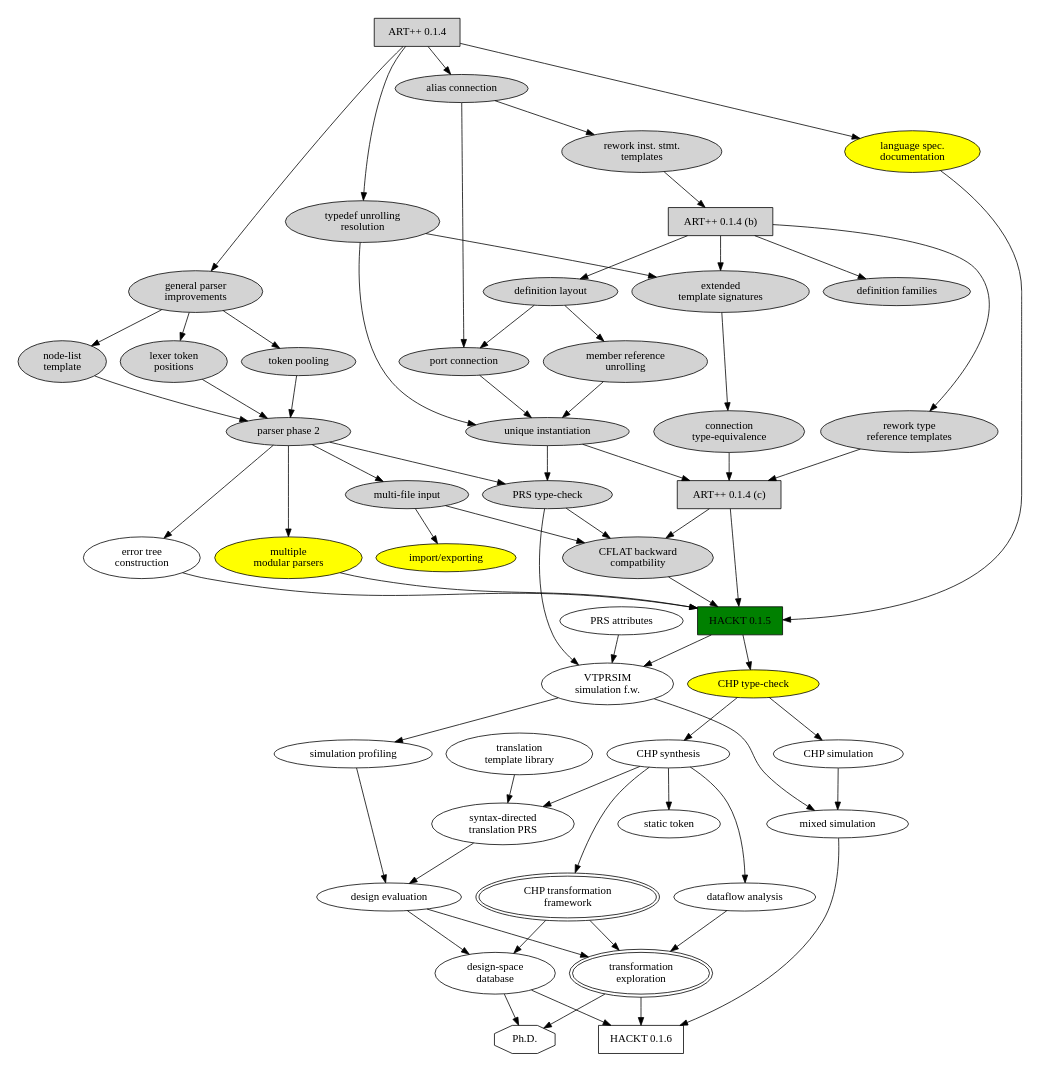
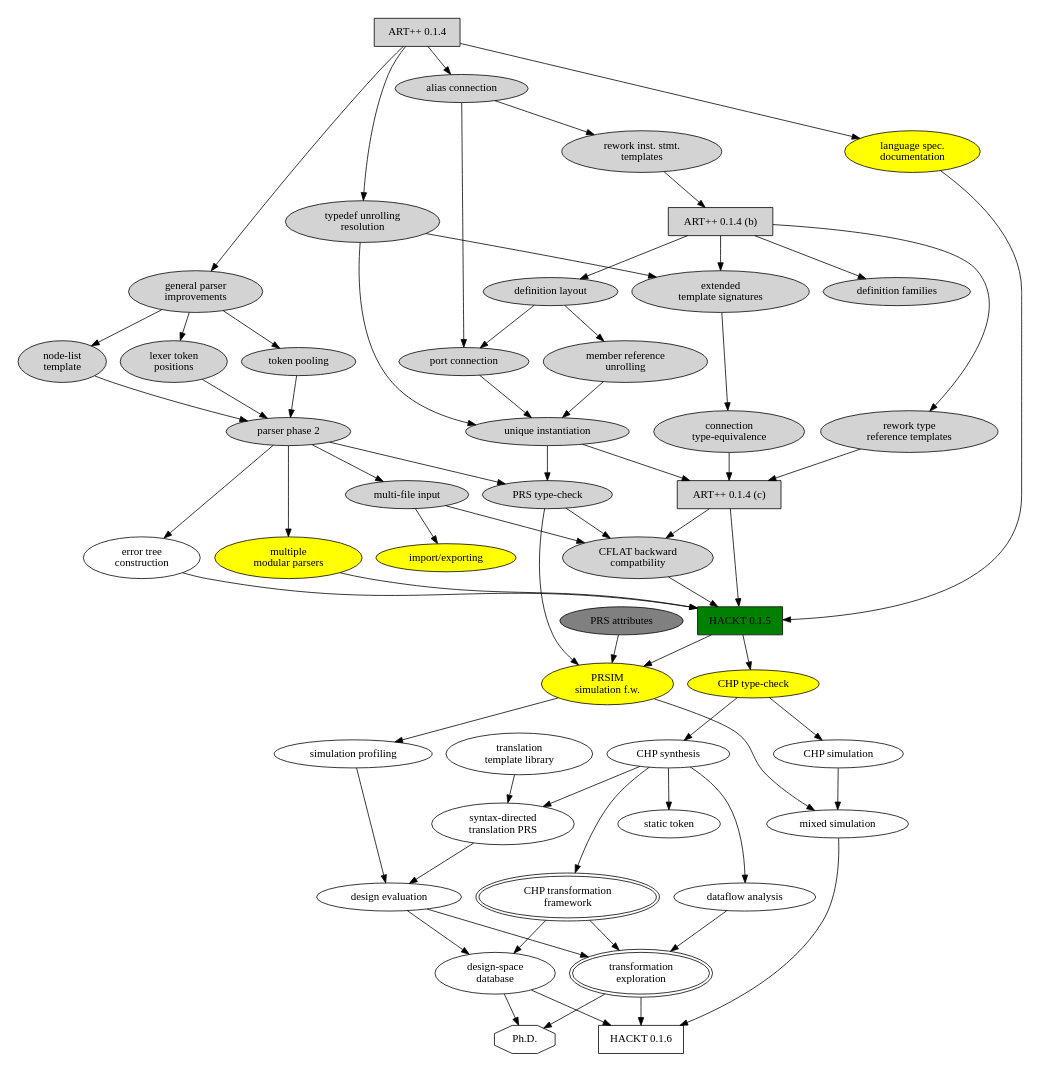
Before and after one commit to fangism/hackt: the diagram in DevelopmentPlan.dot, drawn with Graphviz. The commit also changed 100 other files, not shown here.

First line of the commit message:
branch:	HACKT-00-01-04-main-00 (main trunk) rev:	HACKT-00-01-04-main-00-78-12-merged-prsim-02-08

```diff
--- a/DevelopmentPlan.dot
+++ b/DevelopmentPlan.dot
@@ -1,146 +1,148 @@
 # "DevelopmentPlan.dot"
-#	$Id: DevelopmentPlan.dot,v 1.9 2005/12/10 03:55:37 fang Exp $
+#	$Id: DevelopmentPlan.dot,v 1.10 2006/04/11 07:54:32 fang Exp $
 
 digraph G {
 size="7,10";
 
 ARTXX_00_01_04		[shape=box, style=filled, label="ART++ 0.1.4"];
 ARTXX_00_01_04_b	[shape=box, style=filled, 
 				label="ART++ 0.1.4 (b)"];
 ARTXX_00_01_04_c	[shape=box, style=filled, label="ART++ 0.1.4 (c)"];
 HACKT_00_01_05		[shape=box, style=filled, fillcolor=green,
 				label="HACKT 0.1.5"];
 HACKT_00_01_06		[label="HACKT 0.1.6", shape=box];
 GRADUATION		[label="Ph.D.", shape=octagon];
 
 DOCS_00_01_04		[shape=ellipse, style=filled, fillcolor=yellow, 
 				label="language spec.\ndocumentation"];
 PARSER_00_01_04		[shape=ellipse, style=filled, 
 				label="general parser\nimprovements"];
 LEX_00_01_04		[shape=ellipse, style=filled,
 				label="lexer token\npositions"];
 TOKENPOOL_00_01_04	[shape=ellipse, style=filled, label="token pooling"];
 NODELIST_00_01_04	[shape=ellipse, style=filled, 
 				label="node-list\ntemplate"];
 PARSER_B_00_01_04	[shape=ellipse, style=filled,
 				label="parser phase 2"];
 MULTIFILE_00_01_04	[shape=ellipse, style=filled, label="multi-file input"];
 IMPORT_00_01_05		[shape=ellipse, style=filled, fillcolor=yellow,
 				label="import/exporting"];
 UNIQUE_00_01_04		[shape=ellipse, style=filled, 
 				label="unique instantiation"];
 ALIAS_00_01_04		[shape=ellipse, style=filled, label="alias connection"];
 PORT_00_01_04		[shape=ellipse, style=filled, label="port connection"];
 MEMBER_00_01_04		[shape=ellipse, style=filled, label="member reference\nunrolling"];
 TYPEDEF_00_01_04	[shape=ellipse, style=filled, label="typedef unrolling\nresolution"];
 DEFFAMILY_00_01_04	[shape=ellipse, style=filled, 
 				label="definition families"];
 DEFLAYOUT_00_01_04	[shape=ellipse, style=filled,
 				label="definition layout"];
 INSTSTMT_00_01_04	[shape=ellipse, style=filled, 
 				label="rework inst. stmt.\ntemplates"];
 TYPEREF_00_01_04	[shape=ellipse, style=filled, 
 				label="rework type\nreference templates"];
 EXTTEMPLATE_00_01_04	[shape=ellipse, style=filled, label="extended\ntemplate signatures"];
 CONNECTEQ_00_01_04	[shape=ellipse, style=filled, 
 				label="connection\ntype-equivalence"];
 CFLAT_00_01_04		[shape=ellipse, style=filled, 
 				label="CFLAT backward\ncompatbility"];
 PRS_00_01_04		[shape=ellipse, style=filled, label="PRS type-check"];
 ERRORTREE_00_01_04	[shape=ellipse, label="error tree\nconstruction"];
 MULTIPARSE_00_01_04	[shape=ellipse, style=filled, fillcolor=yellow, 
 				label="multiple\nmodular parsers"];
 
 ARTXX_00_01_04 -> DOCS_00_01_04;
 ARTXX_00_01_04 -> PARSER_00_01_04;
 ARTXX_00_01_04 -> ALIAS_00_01_04;
 PARSER_00_01_04 -> LEX_00_01_04;
 PARSER_00_01_04 -> TOKENPOOL_00_01_04;
 PARSER_00_01_04 -> NODELIST_00_01_04;
 LEX_00_01_04 -> PARSER_B_00_01_04;
 TOKENPOOL_00_01_04 -> PARSER_B_00_01_04;
 NODELIST_00_01_04 -> PARSER_B_00_01_04;
 ALIAS_00_01_04 -> PORT_00_01_04;
 PORT_00_01_04 -> UNIQUE_00_01_04;
 MEMBER_00_01_04 -> UNIQUE_00_01_04;
 UNIQUE_00_01_04 -> ARTXX_00_01_04_c;
 ARTXX_00_01_04_b -> DEFLAYOUT_00_01_04;
 ARTXX_00_01_04_b -> DEFFAMILY_00_01_04;
 EXTTEMPLATE_00_01_04 -> CONNECTEQ_00_01_04;
 ARTXX_00_01_04 -> TYPEDEF_00_01_04;
 DEFLAYOUT_00_01_04 -> MEMBER_00_01_04;
 DEFLAYOUT_00_01_04 -> PORT_00_01_04;
 ALIAS_00_01_04 -> INSTSTMT_00_01_04;
 INSTSTMT_00_01_04 -> ARTXX_00_01_04_b;
 ARTXX_00_01_04_b -> EXTTEMPLATE_00_01_04;
 ARTXX_00_01_04_b -> TYPEREF_00_01_04;
 TYPEREF_00_01_04 -> ARTXX_00_01_04_c;
 TYPEDEF_00_01_04 -> UNIQUE_00_01_04;
 TYPEDEF_00_01_04 -> EXTTEMPLATE_00_01_04;
 PARSER_B_00_01_04 -> PRS_00_01_04;
 PARSER_B_00_01_04 -> MULTIFILE_00_01_04;
 MULTIFILE_00_01_04 -> IMPORT_00_01_05;
 UNIQUE_00_01_04 -> PRS_00_01_04;
 
 ARTXX_00_01_04_c -> HACKT_00_01_05;
 PRS_00_01_04 -> CFLAT_00_01_04;
 ARTXX_00_01_04_c -> CFLAT_00_01_04;
 MULTIFILE_00_01_04 -> CFLAT_00_01_04;
 CONNECTEQ_00_01_04 -> ARTXX_00_01_04_c;
 DOCS_00_01_04 -> HACKT_00_01_05;
 PARSER_B_00_01_04 -> ERRORTREE_00_01_04;
 ERRORTREE_00_01_04 -> HACKT_00_01_05;
 PARSER_B_00_01_04 -> MULTIPARSE_00_01_04;
 MULTIPARSE_00_01_04 -> HACKT_00_01_05;
 CFLAT_00_01_04 -> HACKT_00_01_05;
 
 CHP_00_01_05		[shape=ellipse, style=filled, fillcolor=yellow, 
 				label="CHP type-check"];
 CHPSYNTH_00_01_05	[shape=ellipse, label="CHP synthesis"];
 CHPSIM_00_01_05		[shape=ellipse, label="CHP simulation"];
-VTPRSIM_00_01_05	[shape=ellipse, label="VTPRSIM\nsimulation f.w."];
+PRSIM_00_01_05		[shape=ellipse, label="PRSIM\nsimulation f.w.", 
+				style=filled, fillcolor=yellow];
 MIXSIM_00_01_05		[shape=ellipse, label="mixed simulation"];
 
-PRS_ATTR		[label="PRS attributes", shape=ellipse];
+PRS_ATTR		[label="PRS attributes", shape=ellipse,
+				style=filled, fillcolor=gray];
 CHP_ST			[label="static token", shape=ellipse];
 CHP_DFA			[label="dataflow analysis", shape=ellipse];
 XLAT_LIB		[label="translation\ntemplate library", shape=ellipse];
 CHP_SDT			[label="syntax-directed\ntranslation PRS", 
 				shape=ellipse];
 SIMPROF			[label="simulation profiling", shape=ellipse];
 CHPXFORM		[label="CHP transformation\nframework",
 				shape=ellipse, peripheries=2];
 PERF_EVAL		[label="design evaluation", shape=ellipse];
 XFORM_XPLORE		[label="transformation\nexploration", shape=ellipse,
 				peripheries=2]
 DSPACE_DB		[label="design-space\ndatabase", shape=ellipse];
 
 HACKT_00_01_05 -> CHP_00_01_05;
 CHP_00_01_05 -> CHPSYNTH_00_01_05;
 CHP_00_01_05 -> CHPSIM_00_01_05;
-PRS_00_01_04 -> VTPRSIM_00_01_05;
-HACKT_00_01_05 -> VTPRSIM_00_01_05;
-VTPRSIM_00_01_05 -> MIXSIM_00_01_05;
-VTPRSIM_00_01_05 -> SIMPROF;
+PRS_00_01_04 -> PRSIM_00_01_05;
+HACKT_00_01_05 -> PRSIM_00_01_05;
+PRSIM_00_01_05 -> MIXSIM_00_01_05;
+PRSIM_00_01_05 -> SIMPROF;
 CHPSIM_00_01_05 -> MIXSIM_00_01_05;
-PRS_ATTR -> VTPRSIM_00_01_05;
+PRS_ATTR -> PRSIM_00_01_05;
 CHPSYNTH_00_01_05 -> CHP_ST;
 CHPSYNTH_00_01_05 -> CHP_DFA;
 CHPSYNTH_00_01_05 -> CHP_SDT;
 CHPSYNTH_00_01_05 -> CHPXFORM;
 SIMPROF -> PERF_EVAL;
 XLAT_LIB -> CHP_SDT;
 CHP_SDT -> PERF_EVAL;
 PERF_EVAL -> XFORM_XPLORE;
 CHP_DFA -> XFORM_XPLORE;
 CHPXFORM -> XFORM_XPLORE;
 MIXSIM_00_01_05 -> HACKT_00_01_06;
 XFORM_XPLORE -> HACKT_00_01_06;
 PERF_EVAL -> DSPACE_DB;
 CHPXFORM -> DSPACE_DB;
 DSPACE_DB -> HACKT_00_01_06;
 XFORM_XPLORE -> GRADUATION;
 DSPACE_DB -> GRADUATION;
 
 
 }
```
